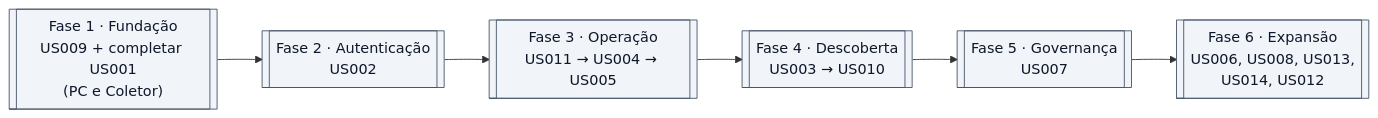
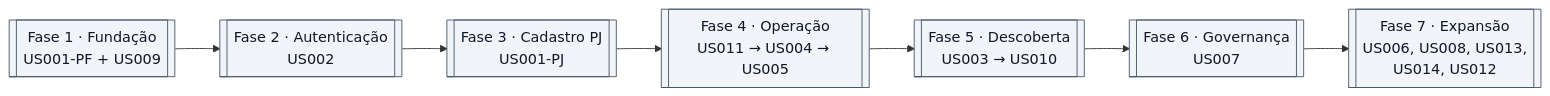
The second of 6 diagrams in .claude/TASKS.md (Wandersonrp/ecocell), drawn with Mermaid before and after one commit. The commit also changed other lines of this file and 20 other files, not shown here.

````diff
--- a/.claude/TASKS.md
+++ b/.claude/TASKS.md
@@ -77,15 +79,16 @@
 ```mermaid
 flowchart LR
     classDef fase fill:#f1f5f9,stroke:#475569,color:#0f172a
 
-    F1[["Fase 1 · Fundação<br/>US009 + completar US001<br/>(PC e Coletor)"]]
+    F1[["Fase 1 · Fundação<br/>US001-PF + US009"]]
     F2[["Fase 2 · Autenticação<br/>US002"]]
-    F3[["Fase 3 · Operação<br/>US011 → US004 → US005"]]
-    F4[["Fase 4 · Descoberta<br/>US003 → US010"]]
-    F5[["Fase 5 · Governança<br/>US007"]]
-    F6[["Fase 6 · Expansão<br/>US006, US008, US013,<br/>US014, US012"]]
+    F3[["Fase 3 · Cadastro PJ<br/>US001-PJ"]]
+    F4[["Fase 4 · Operação<br/>US011 → US004 → US005"]]
+    F5[["Fase 5 · Descoberta<br/>US003 → US010"]]
+    F6[["Fase 6 · Governança<br/>US007"]]
+    F7[["Fase 7 · Expansão<br/>US006, US008, US013,<br/>US014, US012"]]
 
-    F1 --> F2 --> F3 --> F4 --> F5 --> F6
+    F1 --> F2 --> F3 --> F4 --> F5 --> F6 --> F7
 
-    class F1,F2,F3,F4,F5,F6 fase
+    class F1,F2,F3,F4,F5,F6,F7 fase
 ```
````
